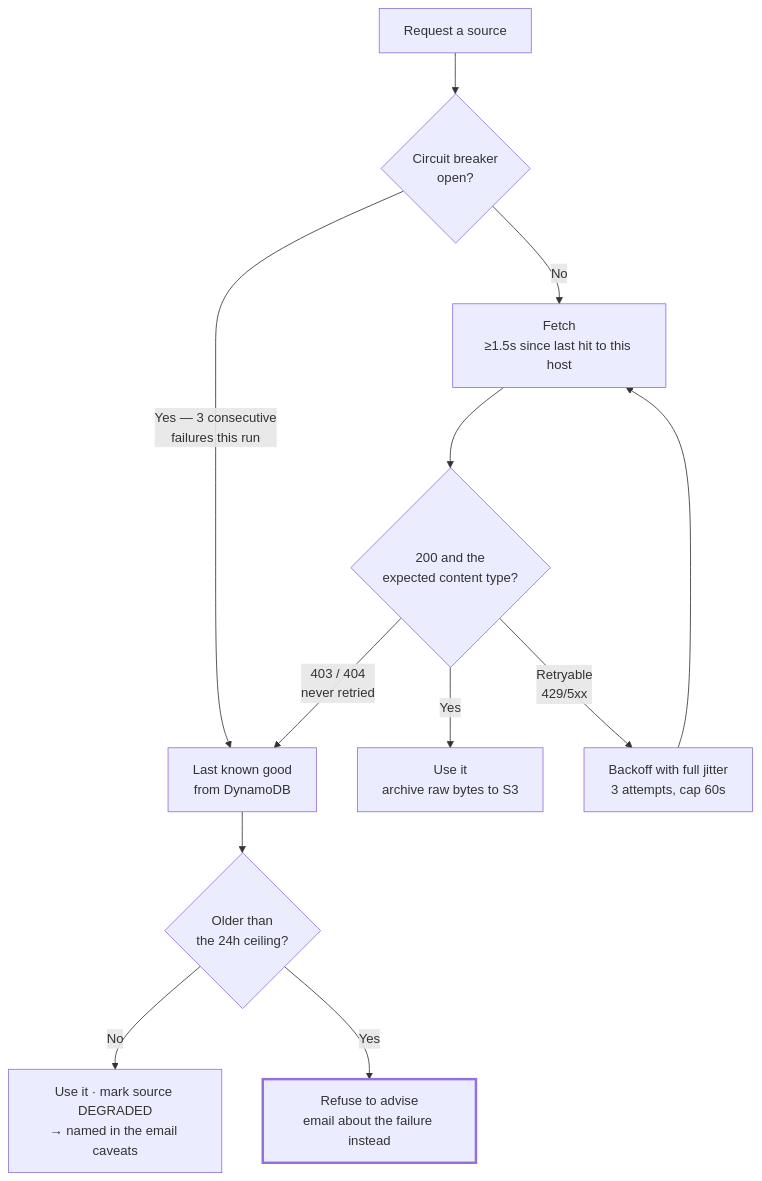
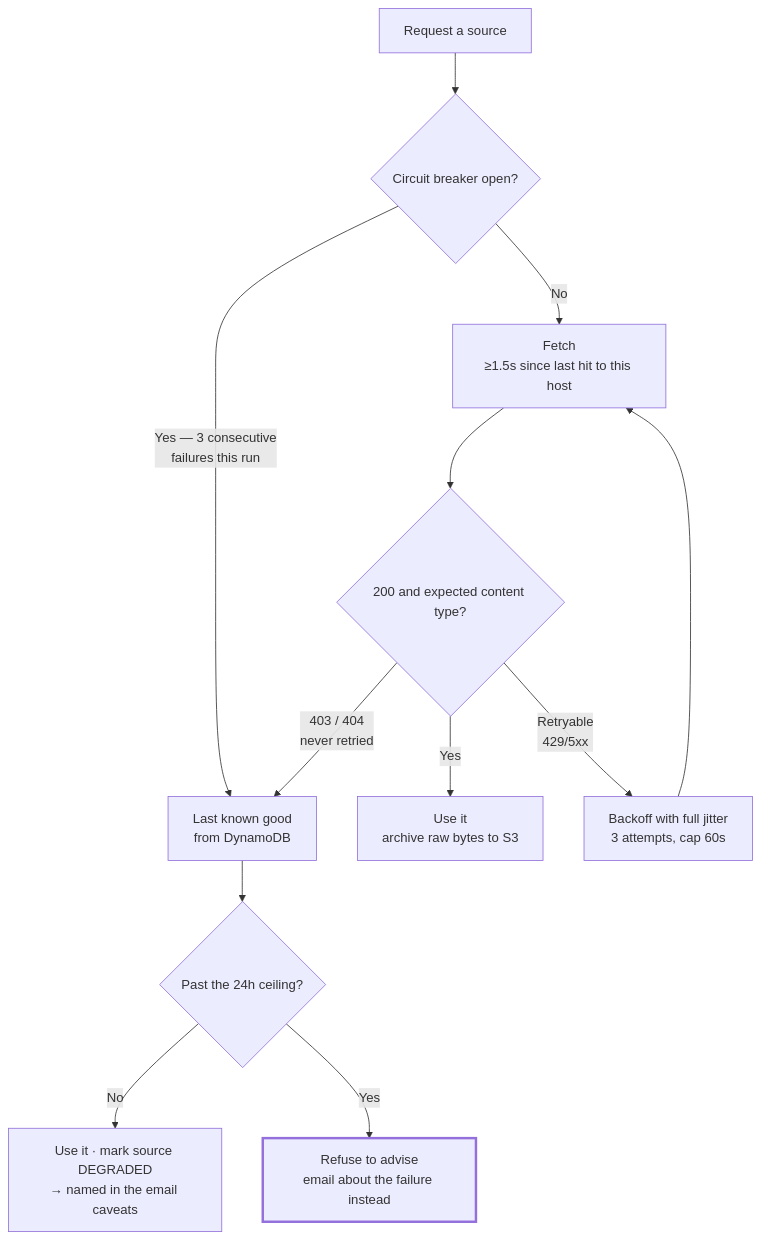
One commit to MasonGallagher/FplBot changed diagram 12 of 12 in docs/DIAGRAMS.md. Above: the diagram before and after it, drawn with Mermaid. The commit also changed other lines of this file, not shown here.

````diff
--- a/docs/DIAGRAMS.md
+++ b/docs/DIAGRAMS.md
@@ -470,16 +470,16 @@
 ```mermaid
 flowchart TD
-    REQ["Request a source"] --> BRK{"Circuit breaker<br/>open?"}
+    REQ["Request a source"] --> BRK{"Circuit breaker open?"}
     BRK -->|"Yes — 3 consecutive<br/>failures this run"| LKG
     BRK -->|"No"| TRY["Fetch<br/>≥1.5s since last hit to this host"]
-    TRY --> OK{"200 and the<br/>expected content type?"}
+    TRY --> OK{"200 and expected content type?"}
     OK -->|"Yes"| USE["Use it<br/>archive raw bytes to S3"]
     OK -->|"Retryable<br/>429/5xx"| RETRY["Backoff with full jitter<br/>3 attempts, cap 60s"] --> TRY
     OK -->|"403 / 404<br/>never retried"| LKG
-    LKG["Last known good<br/>from DynamoDB"] --> AGE{"Older than<br/>the 24h ceiling?"}
+    LKG["Last known good<br/>from DynamoDB"] --> AGE{"Past the 24h ceiling?"}
     AGE -->|"No"| DEG["Use it · mark source DEGRADED<br/>→ named in the email caveats"]
     AGE -->|"Yes"| REFUSE["Refuse to advise<br/>email about the failure instead"]
 
     classDef emphasis stroke-width:3px
     class REFUSE emphasis
 ```
````
